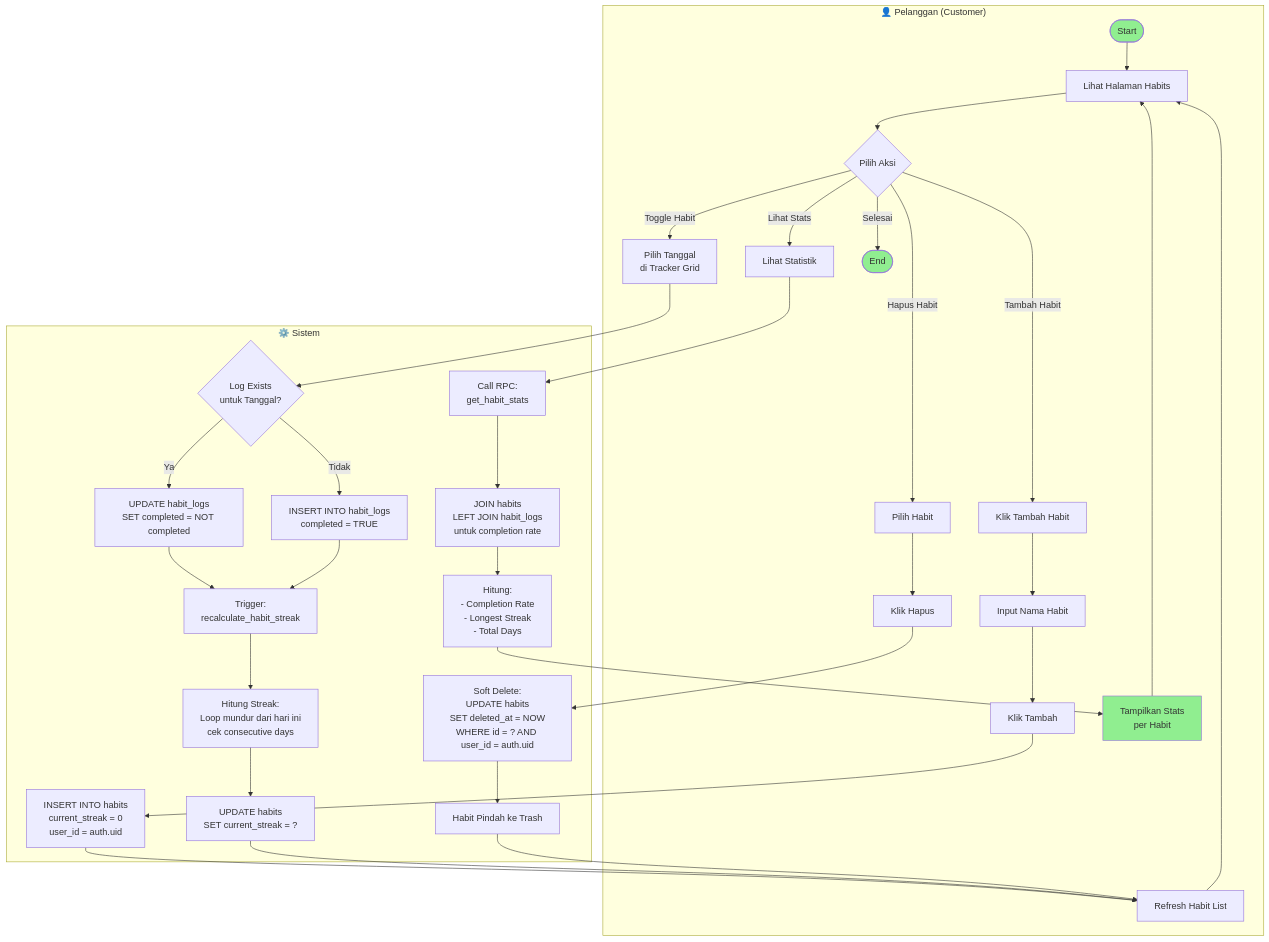
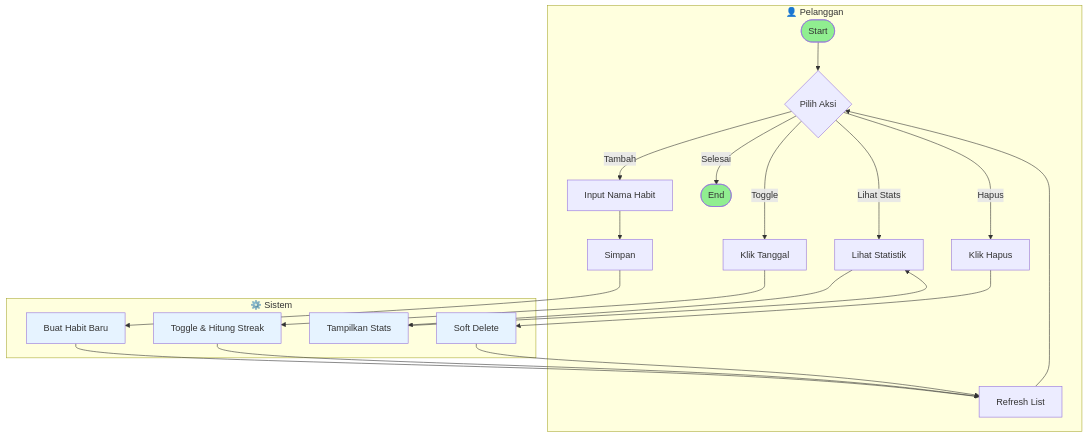
The fourth of 11 diagrams in ACTIVITY_DIAGRAMS.md (FarhanEfendi21/FlowDay), drawn with Mermaid before and after one commit. The commit also changed other lines of this file, not shown here.

Commit message:
fix activity diagram

````diff
--- a/ACTIVITY_DIAGRAMS.md
+++ b/ACTIVITY_DIAGRAMS.md
@@ -202,62 +137,32 @@
 ```mermaid
 graph TD
-    subgraph User["👤 Pelanggan (Customer)"]
-        Start([Start]) --> ViewHabits[Lihat Halaman Habits]
-        ViewHabits --> Choice{Pilih Aksi}
-        
-        %% CREATE
-        Choice -->|Tambah Habit| ClickAdd[Klik Tambah Habit]
-        ClickAdd --> InputTitle[Input Nama Habit]
-        InputTitle --> SubmitHabit[Klik Tambah]
-        
-        %% TOGGLE
-        Choice -->|Toggle Habit| SelectDate[Pilih Tanggal<br/>di Tracker Grid]
-        
-        %% VIEW STATS
-        Choice -->|Lihat Stats| ViewStats[Lihat Statistik]
-        DisplayStats[Tampilkan Stats<br/>per Habit] --> ViewHabits
-        
-        %% DELETE
-        Choice -->|Hapus Habit| SelectHabit[Pilih Habit]
-        SelectHabit --> ClickDelete[Klik Hapus]
-        
-        RefreshView[Refresh Habit List] --> ViewHabits
-        Choice -->|Selesai| End([End])
+    subgraph User["👤 Pelanggan"]
+        A([Start]) --> B{Pilih Aksi}
+        B -->|Tambah| C[Input Nama Habit]
+        B -->|Toggle| D[Klik Tanggal]
+        B -->|Lihat Stats| E[Lihat Statistik]
+        B -->|Hapus| F[Klik Hapus]
+        C --> G[Simpan]
+        H[Refresh List] --> B
+        B -->|Selesai| I([End])
     end
     
     subgraph System["⚙️ Sistem"]
-        %% CREATE SYSTEM
-        InsertHabit[INSERT INTO habits<br/>current_streak = 0<br/>user_id = auth.uid]
-        InsertHabit --> RefreshView
-        
-        %% TOGGLE SYSTEM
-        CheckLog{Log Exists<br/>untuk Tanggal?}
-        CheckLog -->|Ya| UpdateLog[UPDATE habit_logs<br/>SET completed = NOT completed]
-        CheckLog -->|Tidak| InsertLog[INSERT INTO habit_logs<br/>completed = TRUE]
-        UpdateLog --> TriggerStreak[Trigger:<br/>recalculate_habit_streak]
-        InsertLog --> TriggerStreak
-        TriggerStreak --> CalcStreak[Hitung Streak:<br/>Loop mundur dari hari ini<br/>cek consecutive days]
-        CalcStreak --> UpdateStreak[UPDATE habits<br/>SET current_streak = ?]
-        UpdateStreak --> RefreshView
-        
-        %% STATS SYSTEM
-        CallRPC[Call RPC:<br/>get_habit_stats]
-        CallRPC --> JoinTables[JOIN habits<br/>LEFT JOIN habit_logs<br/>untuk completion rate]
-        JoinTables --> CalcStats[Hitung:<br/>- Completion Rate<br/>- Longest Streak<br/>- Total Days]
-        CalcStats --> DisplayStats
-        
-        %% DELETE SYSTEM
-        SoftDeleteHabit[Soft Delete:<br/>UPDATE habits<br/>SET deleted_at = NOW<br/>WHERE id = ? AND user_id = auth.uid]
-        SoftDeleteHabit --> MoveTrash[Habit Pindah ke Trash]
-        MoveTrash --> RefreshView
+        J[Buat Habit Baru] --> H
+        K[Toggle & Hitung Streak] --> H
+        L[Tampilkan Stats] --> E
+        M[Soft Delete] --> H
     end
     
-    SubmitHabit --> InsertHabit
-    SelectDate --> CheckLog
-    ViewStats --> CallRPC
-    ClickDelete --> SoftDeleteHabit
+    G --> J
+    D --> K
+    E --> L
+    F --> M
 
-    style Start fill:#90EE90
-    style End fill:#90EE90
-    style DisplayStats fill:#90EE90
+    style A fill:#90EE90
+    style I fill:#90EE90
+    style J fill:#E6F3FF
+    style K fill:#E6F3FF
+    style L fill:#E6F3FF
+    style M fill:#E6F3FF
 ```
````
